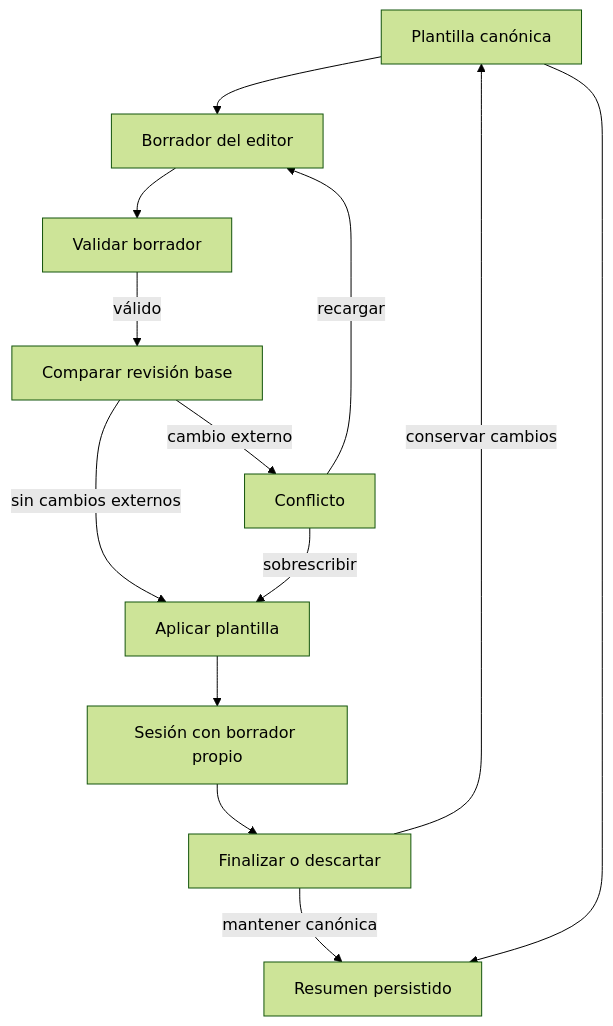
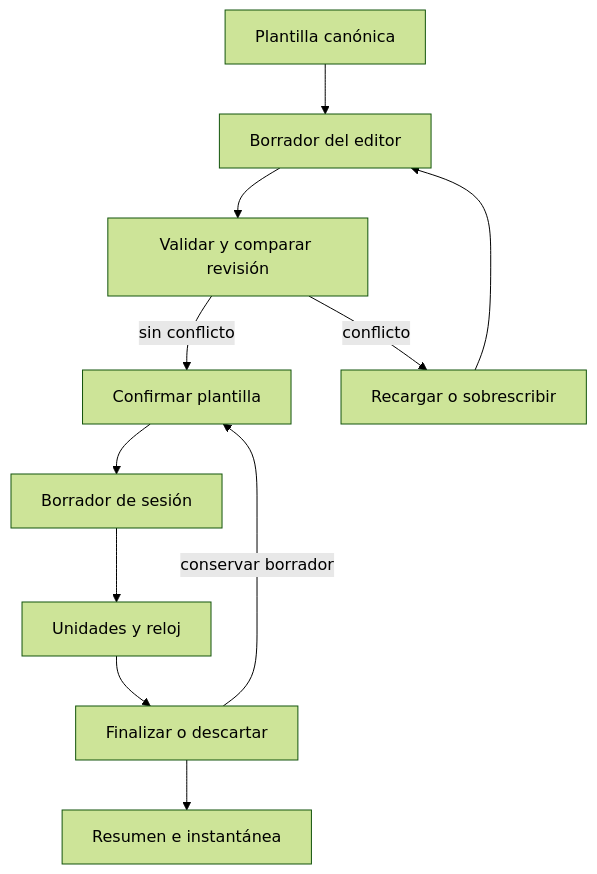
The diagram in openwiki/mobile/training.md (maximofn/gymnasia), drawn with Mermaid (forest theme) before and after one commit. The commit also changed other lines of this file and 52 other files, not shown here.

````diff
--- a/openwiki/mobile/training.md
+++ b/openwiki/mobile/training.md
@@ -69,15 +71,13 @@
 ```mermaid
 flowchart TD
     Template["Plantilla canónica"] --> Editor["Borrador del editor"]
-    Editor --> Validate["Validar borrador"]
-    Validate -->|"válido"| Revision["Comparar revisión base"]
-    Revision -->|"sin cambios externos"| Commit["Aplicar plantilla"]
-    Revision -->|"cambio externo"| Conflict["Conflicto"]
-    Conflict -->|"recargar"| Editor
-    Conflict -->|"sobrescribir"| Commit
-    Commit --> Session["Sesión con borrador propio"]
-    Session --> Resolution["Finalizar o descartar"]
-    Resolution -->|"conservar cambios"| Template
-    Resolution -->|"mantener canónica"| Summary["Resumen persistido"]
-    Template --> Summary
+    Editor --> Check["Validar y comparar revisión"]
+    Check -->|"sin conflicto"| Canonical["Confirmar plantilla"]
+    Check -->|"conflicto"| Choice["Recargar o sobrescribir"]
+    Choice --> Editor
+    Canonical --> SessionDraft["Borrador de sesión"]
+    SessionDraft --> Execute["Unidades y reloj"]
+    Execute --> Resolve["Finalizar o descartar"]
+    Resolve -->|"conservar borrador"| Canonical
+    Resolve --> History["Resumen e instantánea"]
 ```
````
